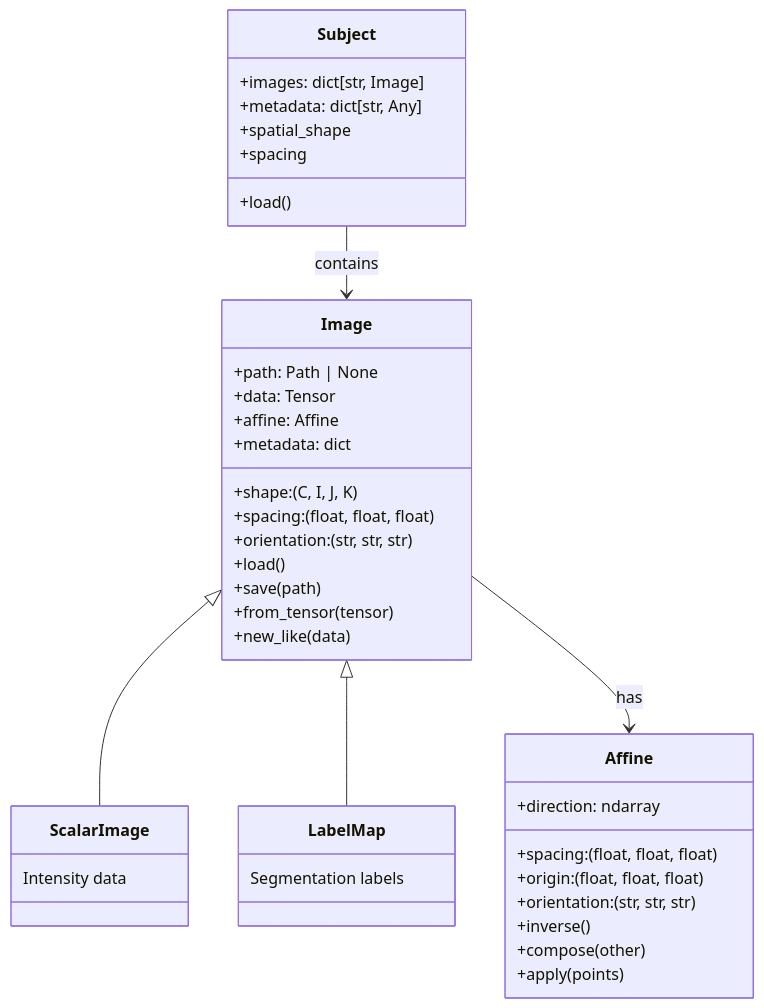
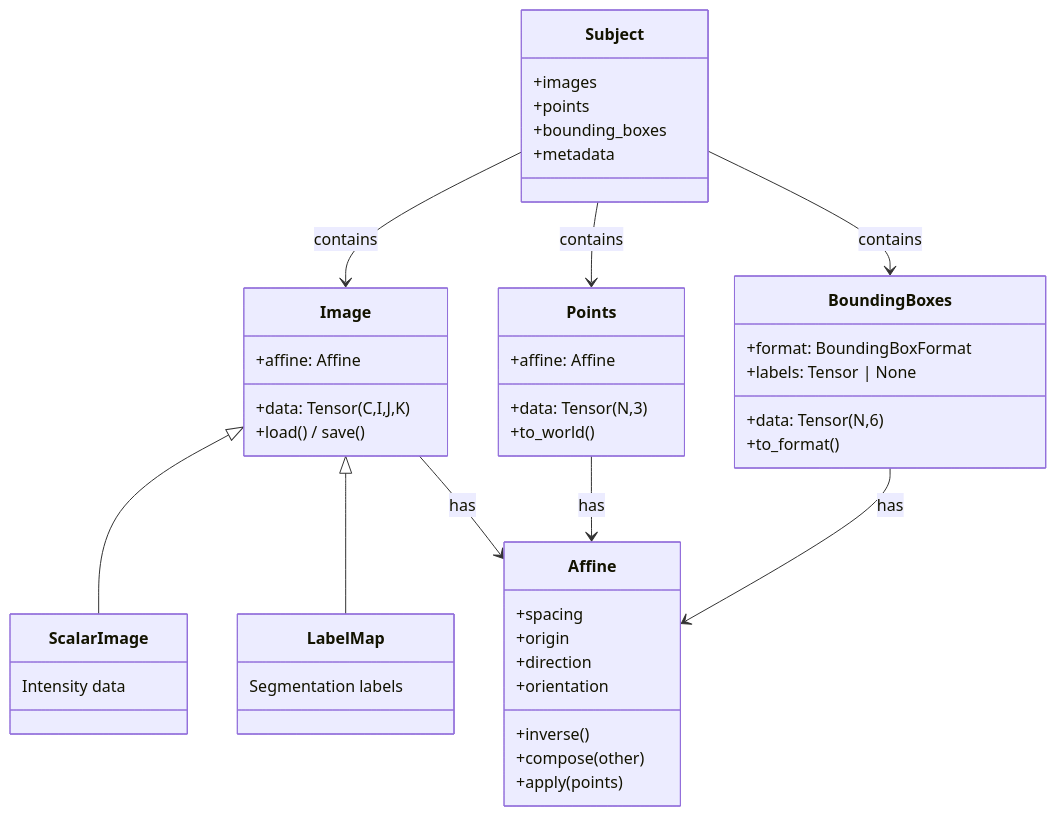
One commit to TorchIO-project/torchio changed the first of 2 diagrams in docs/explanation/data-model.md. Above: the diagram before and after it, drawn with Mermaid. The commit also changed other lines of this file and 23 other files, not shown here.

Commit message:
Add bounding boxes and points

````diff
--- a/docs/explanation/data-model.md
+++ b/docs/explanation/data-model.md
@@ -9,47 +9,55 @@
 ```mermaid
 classDiagram
     class Image {
-        +path: Path | None
-        +data: Tensor
+        +data: Tensor (C,I,J,K)
         +affine: Affine
-        +metadata: dict
-        +shape: (C, I, J, K)
-        +spacing: (float, float, float)
-        +orientation: (str, str, str)
-        +load()
-        +save(path)
-        +from_tensor(tensor)
-        +new_like(data)
+        +load() / save()
     }
 
     class ScalarImage {
         Intensity data
     }
 
     class LabelMap {
         Segmentation labels
     }
 
+    class Points {
+        +data: Tensor (N,3)
+        +affine: Affine
+        +to_world()
+    }
+
+    class BoundingBoxes {
+        +data: Tensor (N,6)
+        +format: BoundingBoxFormat
+        +labels: Tensor | None
+        +to_format()
+    }
+
     class Subject {
-        +images: dict[str, Image]
-        +metadata: dict[str, Any]
-        +spatial_shape
-        +spacing
-        +load()
+        +images
+        +points
+        +bounding_boxes
+        +metadata
     }
 
     class Affine {
-        +spacing: (float, float, float)
-        +origin: (float, float, float)
-        +direction: ndarray
-        +orientation: (str, str, str)
+        +spacing
+        +origin
+        +direction
+        +orientation
         +inverse()
         +compose(other)
         +apply(points)
     }
 
     Image <|-- ScalarImage
     Image <|-- LabelMap
     Image --> Affine : has
+    Points --> Affine : has
+    BoundingBoxes --> Affine : has
     Subject --> Image : contains
+    Subject --> Points : contains
+    Subject --> BoundingBoxes : contains
 ```
````
